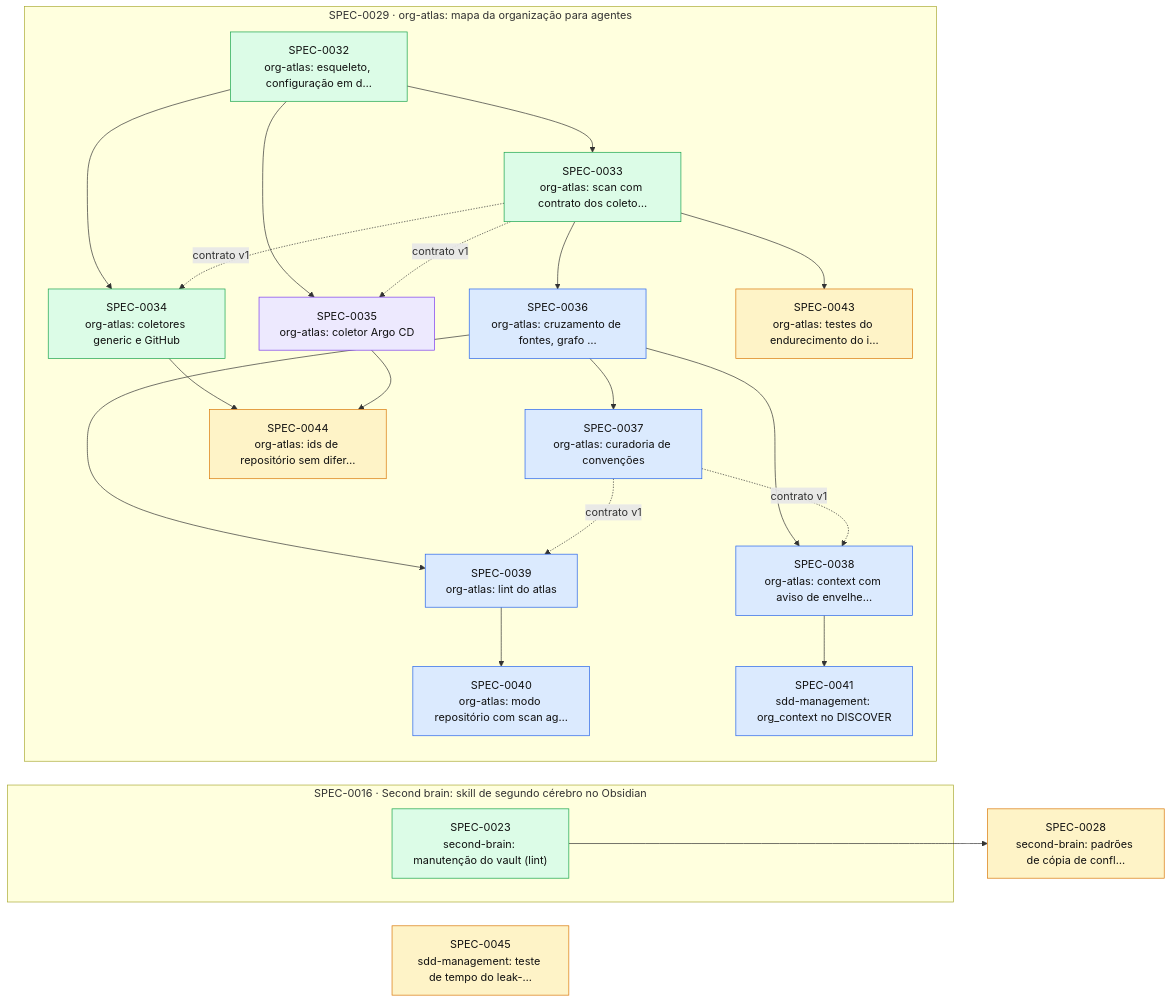
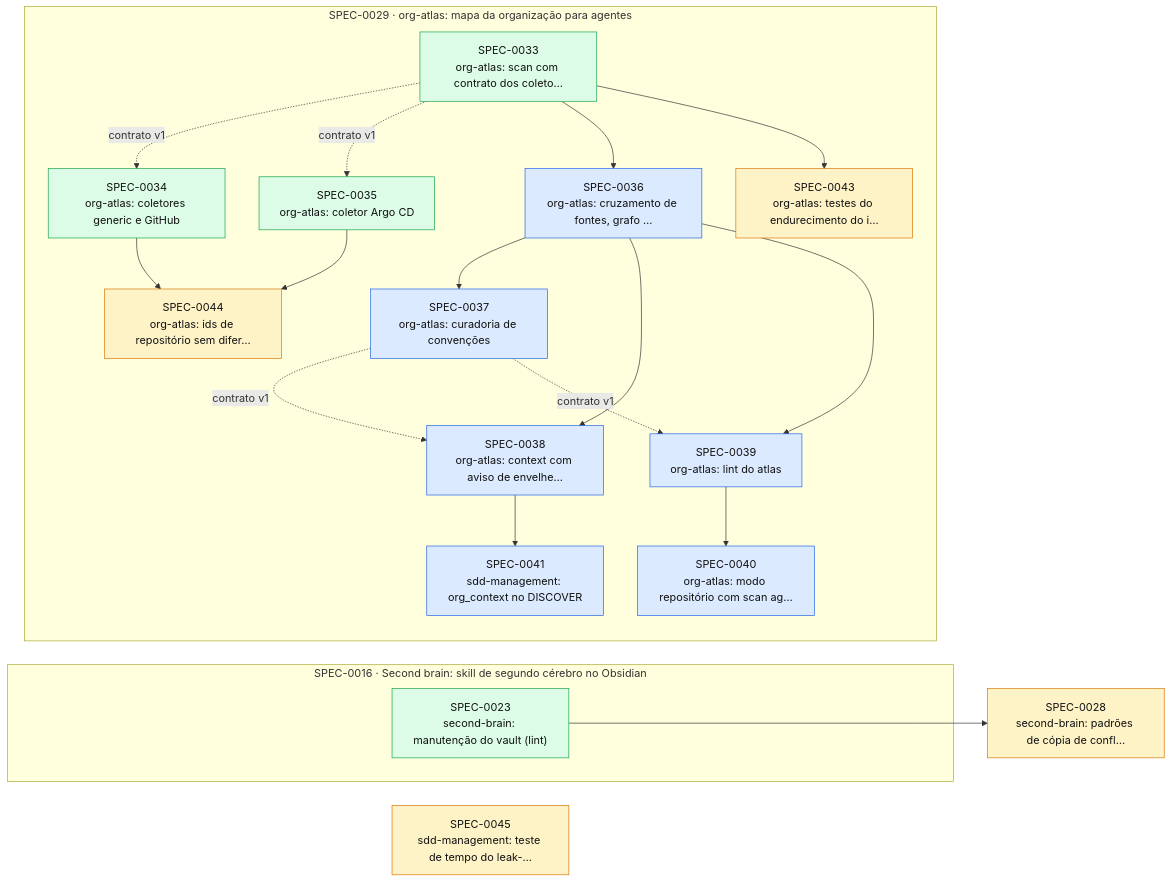
One commit to thomasravache/ai-dev-brain changed the diagram in docs/specs/INDEX.md. Above: the diagram before and after it, drawn with Mermaid. The commit also changed other lines of this file and 1 other file, not shown here.

First line of the commit message:
docs(specs): G7 e fechamento da SPEC-0035

````diff
--- a/docs/specs/INDEX.md
+++ b/docs/specs/INDEX.md
@@ -58,44 +57,40 @@
 ```mermaid
 flowchart LR
   S0028["SPEC-0028<br/>second-brain: padrões de cópia de confl…"]:::proposed
   S0045["SPEC-0045<br/>sdd-management: teste de tempo do leak-…"]:::proposed
   subgraph E0016["SPEC-0016 · Second brain: skill de segundo cérebro no Obsidian"]
     S0023["SPEC-0023<br/>second-brain: manutenção do vault (lint)"]:::implemented
   end
   subgraph E0029["SPEC-0029 · org-atlas: mapa da organização para agentes"]
-    S0032["SPEC-0032<br/>org-atlas: esqueleto, configuração em d…"]:::implemented
     S0033["SPEC-0033<br/>org-atlas: scan com contrato dos coleto…"]:::implemented
     S0034["SPEC-0034<br/>org-atlas: coletores generic e GitHub"]:::implemented
-    S0035["SPEC-0035<br/>org-atlas: coletor Argo CD"]:::inprogress
+    S0035["SPEC-0035<br/>org-atlas: coletor Argo CD"]:::implemented
     S0036["SPEC-0036<br/>org-atlas: cruzamento de fontes, grafo …"]:::approved
     S0037["SPEC-0037<br/>org-atlas: curadoria de convenções"]:::approved
     S0038["SPEC-0038<br/>org-atlas: context com aviso de envelhe…"]:::approved
     S0039["SPEC-0039<br/>org-atlas: lint do atlas"]:::approved
     S0040["SPEC-0040<br/>org-atlas: modo repositório com scan ag…"]:::approved
     S0041["SPEC-0041<br/>sdd-management: org_context no DISCOVER"]:::approved
     S0043["SPEC-0043<br/>org-atlas: testes do endurecimento do i…"]:::proposed
     S0044["SPEC-0044<br/>org-atlas: ids de repositório sem difer…"]:::proposed
   end
   S0023 --> S0028
-  S0032 --> S0033
-  S0032 --> S0034
   S0033 -. contrato v1 .-> S0034
-  S0032 --> S0035
   S0033 -. contrato v1 .-> S0035
   S0033 --> S0036
   S0036 --> S0037
   S0036 --> S0038
   S0037 -. contrato v1 .-> S0038
   S0036 --> S0039
   S0037 -. contrato v1 .-> S0039
   S0039 --> S0040
   S0038 --> S0041
   S0033 --> S0043
   S0034 --> S0044
   S0035 --> S0044
   classDef proposed fill:#fef3c7,stroke:#d97706,color:#111
   classDef approved fill:#dbeafe,stroke:#2563eb,color:#111
   classDef inprogress fill:#ede9fe,stroke:#7c3aed,color:#111
   classDef implemented fill:#dcfce7,stroke:#16a34a,color:#111
   classDef deprecated fill:#f3f4f6,stroke:#9ca3af,color:#6b7280
 ```
````
